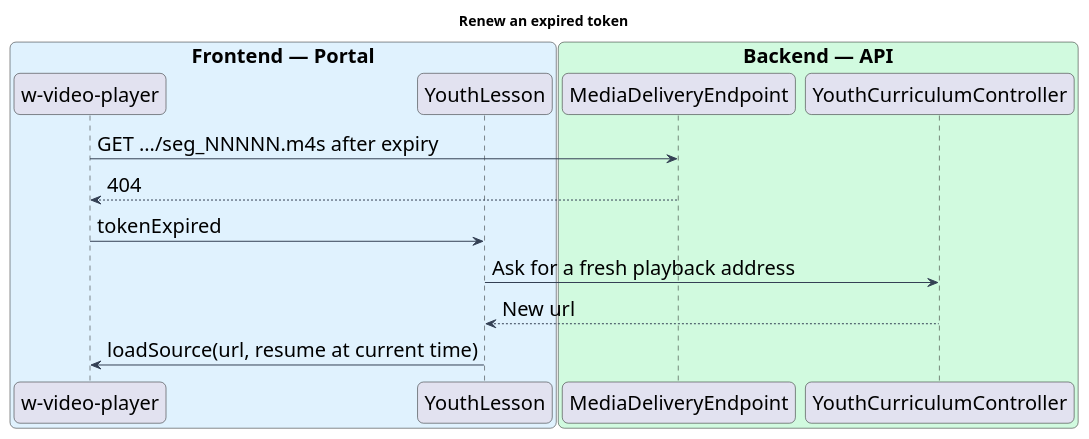
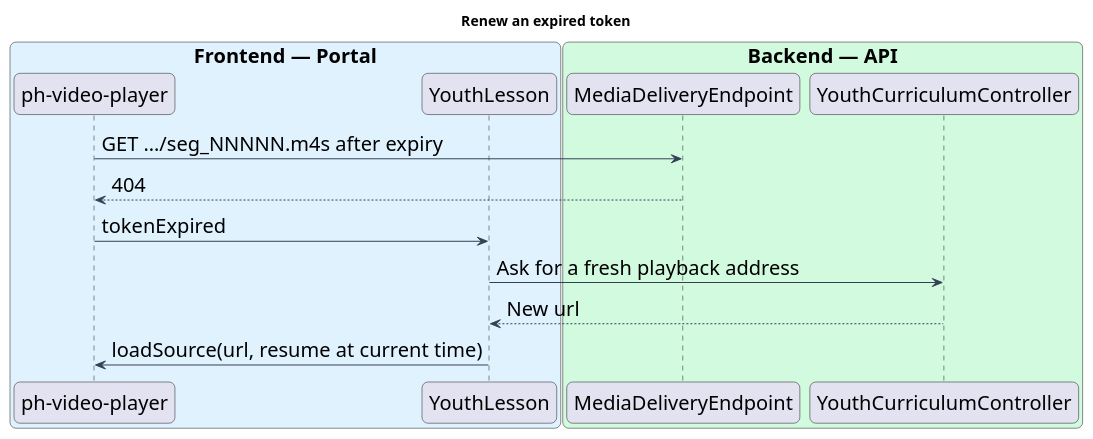
The diagram in docs/videos/116-learning-experience-stream-lesson-video/images/diagrams/seq-renew.puml (QuinntyneBrown/waypoint), drawn with PlantUML before and after one commit. The commit also changed 809 other files, not shown here.

```diff
--- a/docs/videos/116-learning-experience-stream-lesson-video/images/diagrams/seq-renew.puml
+++ b/docs/videos/116-learning-experience-stream-lesson-video/images/diagrams/seq-renew.puml
@@ -1,24 +1,24 @@
 @startuml
 title Renew an expired token
 skinparam backgroundColor #FFFFFF
 skinparam shadowing false
 skinparam roundcorner 12
 skinparam defaultFontName Arial
 skinparam defaultFontSize 20
 skinparam ArrowColor #344054
 skinparam sequenceMessageAlign left
 box "Frontend — Portal" #E0F2FE
-  participant "w-video-player" as player
+  participant "ph-video-player" as player
   participant "YouthLesson" as page
 end box
 box "Backend — API" #D1FADF
   participant "MediaDeliveryEndpoint" as delivery
   participant "YouthCurriculumController" as controller
 end box
 player -> delivery : GET …/seg_NNNNN.m4s after expiry
 delivery --> player : 404
 player -> page : tokenExpired
 page -> controller : Ask for a fresh playback address
 controller --> page : New url
 page -> player : loadSource(url, resume at current time)
 @enduml
```
